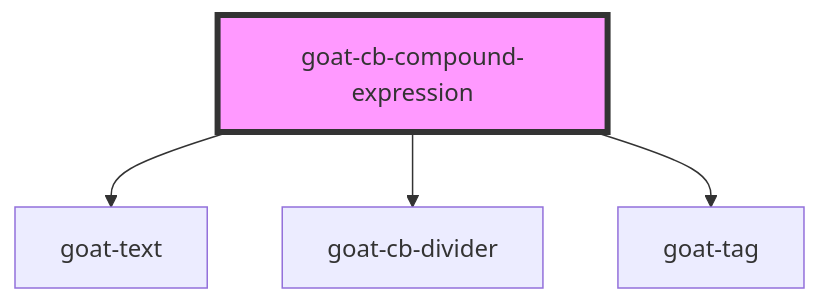
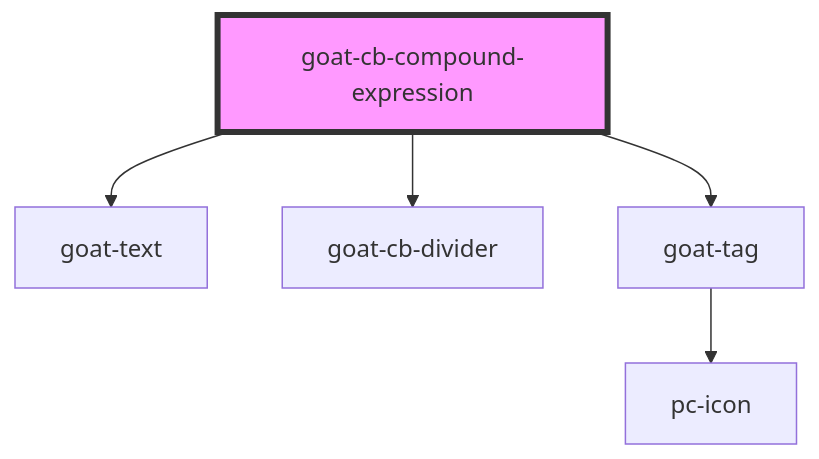
One commit to redvars/peacock changed the diagram in src/components/application/condition-builder/cb-compound-expression/readme.md. Above: the diagram before and after it, drawn with Mermaid. The commit also changed 64 other files, not shown here.

Commit message:
icon migrate from goat to peacock

````diff
--- a/src/components/application/condition-builder/cb-compound-expression/readme.md
+++ b/src/components/application/condition-builder/cb-compound-expression/readme.md
@@ -26,7 +26,8 @@
 ```mermaid
 graph TD;
   goat-cb-compound-expression --> goat-text
   goat-cb-compound-expression --> goat-cb-divider
   goat-cb-compound-expression --> goat-tag
+  goat-tag --> pc-icon
   style goat-cb-compound-expression fill:#f9f,stroke:#333,stroke-width:4px
 ```
````
